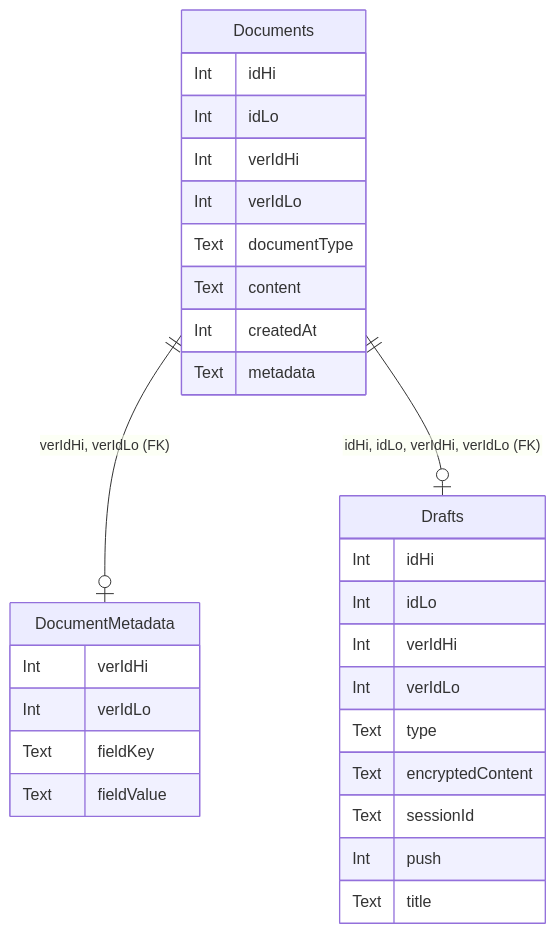
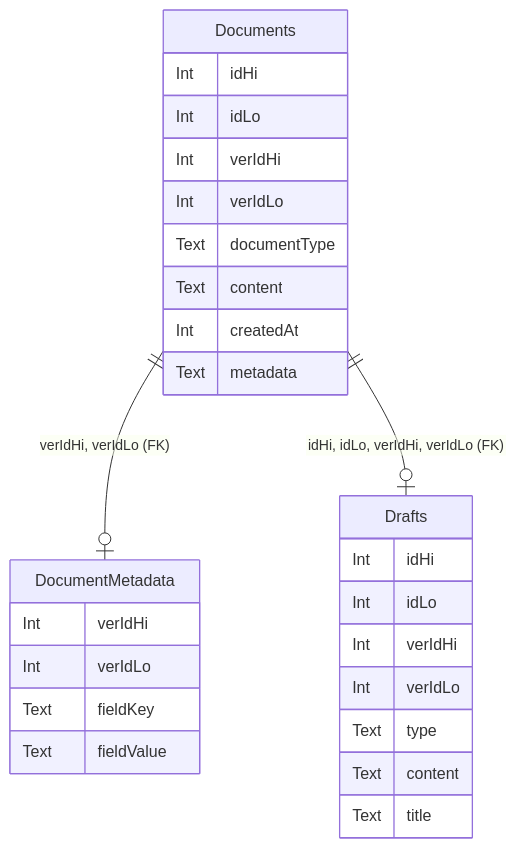
The third of 3 diagrams in docs/src/architecture/08_concepts/local_storage/storage_architecture.md (input-output-hk/catalyst-voices), drawn with Mermaid before and after one commit. The commit also changed other lines of this file and 1 other file, not shown here.

```diff
--- a/docs/src/architecture/08_concepts/local_storage/storage_architecture.md
+++ b/docs/src/architecture/08_concepts/local_storage/storage_architecture.md
@@ -310,19 +307,13 @@
 
 Text type
 
-Text encryptedContent
-
-Text sessionId
-
-Int push
+Text content
 
 Text title
 
 %% Primary Key: (idHi, idLo, verIdHi, verIdLo)
 
 %% Index: idx_draft_type (type)
-
-%% Index: idx_draft_sessionid (sessionId)
 
 }
 
```
